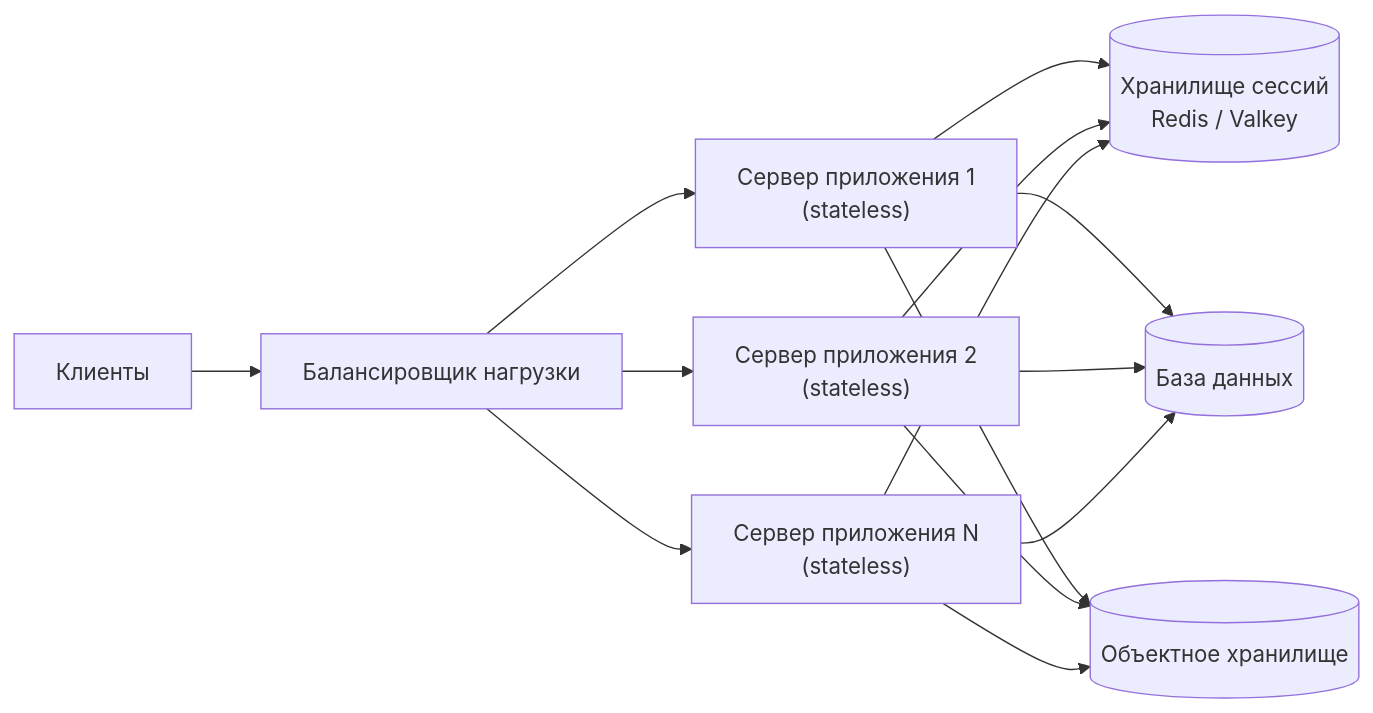
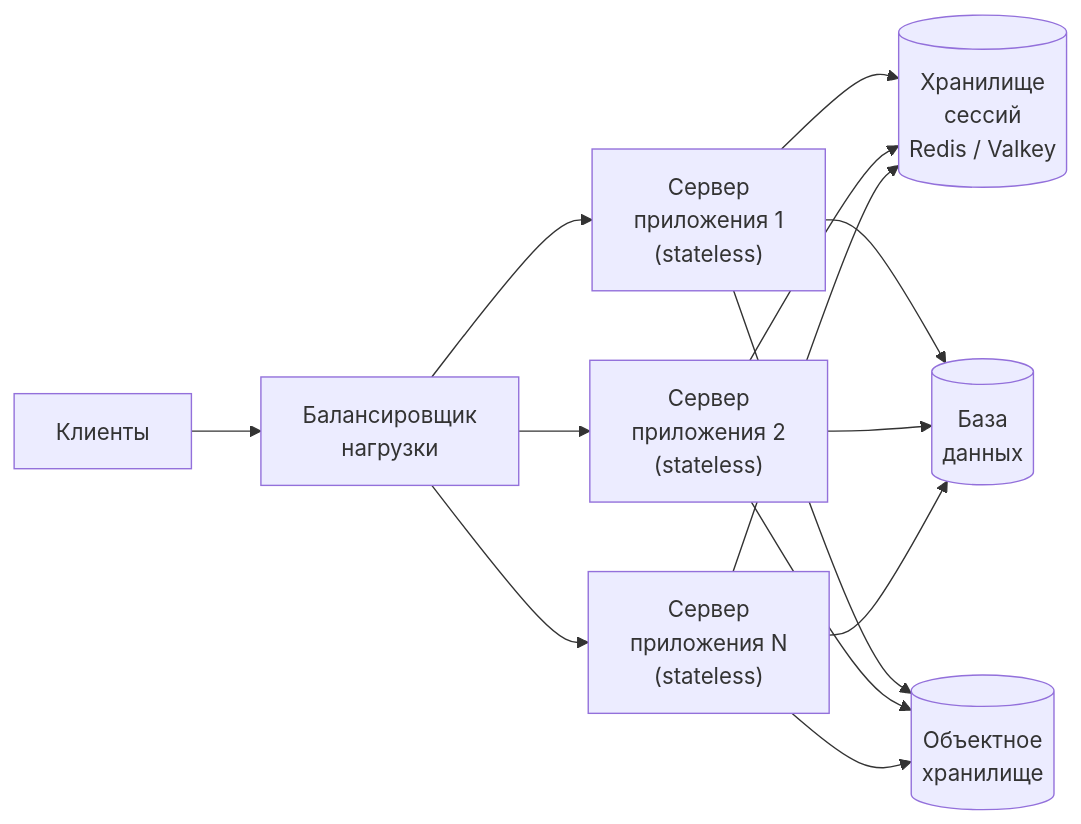
The diagram in src/content/docs/ru/fundamentals/performance-vs-scalability.mdx (butyavk/system-design), drawn with Mermaid before and after one commit. The commit also changed other lines of this file and 144 other files, not shown here.

````diff
--- a/src/content/docs/ru/fundamentals/performance-vs-scalability.mdx
+++ b/src/content/docs/ru/fundamentals/performance-vs-scalability.mdx
@@ -54,10 +54,10 @@
 ```mermaid
 flowchart LR
-  client["Клиенты"] --> lb["Балансировщик нагрузки"]
-  lb --> app1["Сервер приложения 1<br/>(stateless)"]
-  lb --> app2["Сервер приложения 2<br/>(stateless)"]
-  lb --> app3["Сервер приложения N<br/>(stateless)"]
-  app1 & app2 & app3 --> sess[("Хранилище сессий<br/>Redis / Valkey")]
-  app1 & app2 & app3 --> db[("База данных")]
-  app1 & app2 & app3 --> obj[("Объектное хранилище")]
+  client["Клиенты"] --> lb["Балансировщик<br/>нагрузки"]
+  lb --> app1["Сервер<br/>приложения 1<br/>(stateless)"]
+  lb --> app2["Сервер<br/>приложения 2<br/>(stateless)"]
+  lb --> app3["Сервер<br/>приложения N<br/>(stateless)"]
+  app1 & app2 & app3 --> sess[("Хранилище<br/>сессий<br/>Redis / Valkey")]
+  app1 & app2 & app3 --> db[("База<br/>данных")]
+  app1 & app2 & app3 --> obj[("Объектное<br/>хранилище")]
 ```
````
